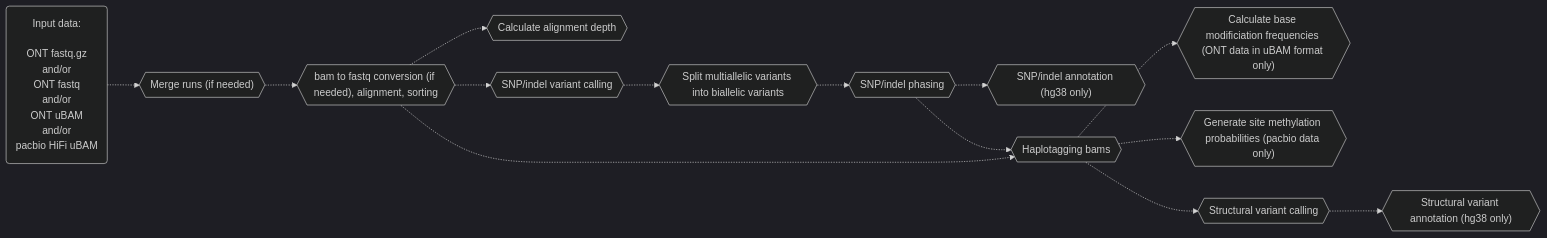
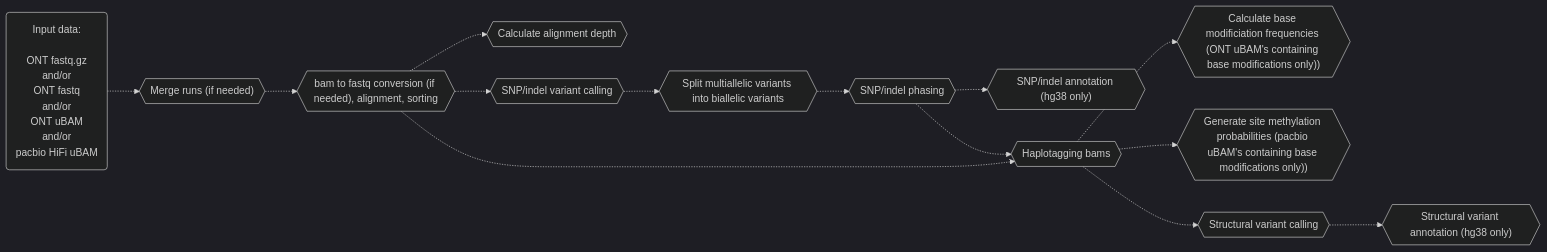
One commit to leahkemp/pipeface changed the first of 4 diagrams in README.md. Above: the diagram before and after it, drawn with Mermaid. The commit also changed other lines of this file, not shown here.

````diff
--- a/README.md
+++ b/README.md
@@ -21,26 +21,26 @@
 ```mermaid
 %%{init: {'theme':'dark'}}%%
 flowchart LR
 
 input_data("Input data: <br><br> ONT fastq.gz <br> and/or <br> ONT fastq <br> and/or <br> ONT uBAM <br> and/or <br> pacbio HiFi uBAM")
 merging{{"Merge runs (if needed)"}}
 alignment{{"bam to fastq conversion (if needed), alignment, sorting"}}
 depth{{"Calculate alignment depth"}}
 snp_indel_calling{{"SNP/indel variant calling"}}
 split_multiallele{{"Split multiallelic variants into biallelic variants"}}
 snp_indel_phasing{{"SNP/indel phasing"}}
 snp_indel_annotation{{"SNP/indel annotation (hg38 only)"}}
 haplotagging{{"Haplotagging bams"}}
-calculate_base_mod_freqs{{"Calculate base modificiation frequencies (ONT data in uBAM format only)"}}
-generate_meth_probs{{"Generate site methylation probabilities (pacbio data only)"}}
+calculate_base_mod_freqs{{"Calculate base modificiation frequencies (ONT uBAM's containing base modifications only))"}}
+generate_meth_probs{{"Generate site methylation probabilities (pacbio uBAM's containing base modifications only))"}}
 sv_calling{{"Structural variant calling"}}
 sv_annotation{{"Structural variant annotation (hg38 only)"}}
 
 input_data-.->merging-.->alignment-.->snp_indel_calling-.->split_multiallele-.->snp_indel_phasing-.->haplotagging-.->sv_calling
 alignment-.->depth
 alignment-.->haplotagging
 haplotagging-.->calculate_base_mod_freqs
 haplotagging-.->generate_meth_probs
 snp_indel_phasing-.->snp_indel_annotation
 sv_calling-.->sv_annotation
 ```
````
